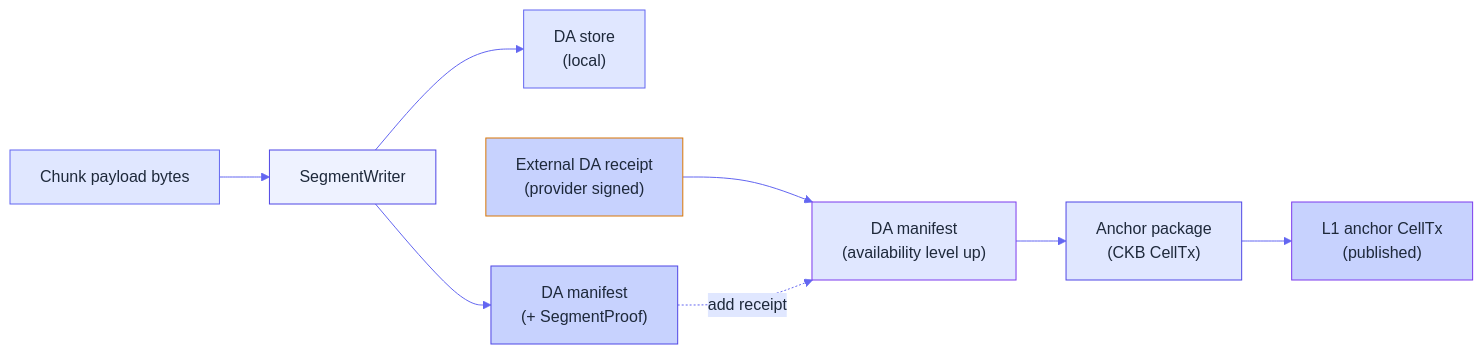
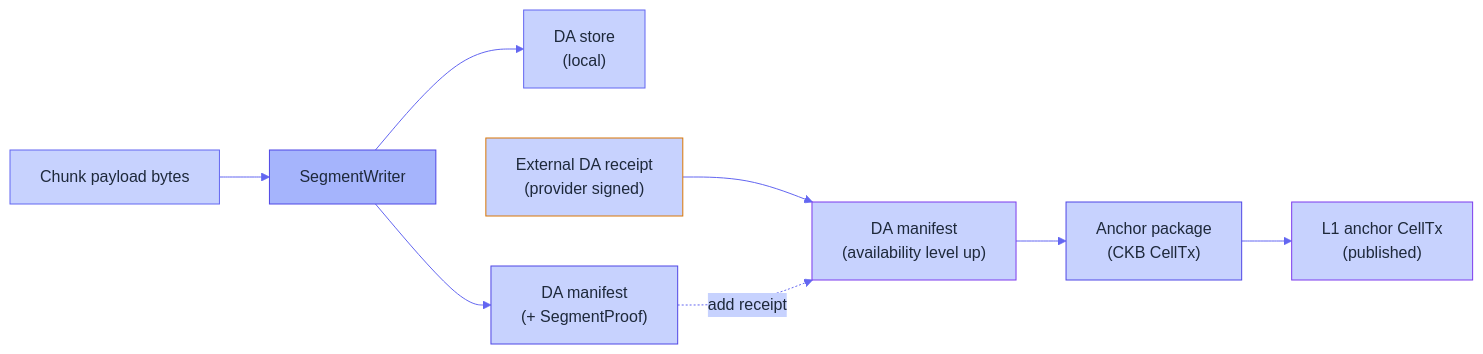
The second of 3 diagrams in docs/interactions/da-flow.md (Myelin-Labs/Myelin), drawn with Mermaid before and after one commit. The commit also changed other lines of this file and 31 other files, not shown here.

````diff
--- a/docs/interactions/da-flow.md
+++ b/docs/interactions/da-flow.md
@@ -89,38 +89,38 @@
 ```mermaid
 %%{init: {
   "theme": "base",
   "themeVariables": {
-    "primaryColor": "#EEF2FF",
+    "primaryColor": "#A5B4FC",
     "primaryTextColor": "#1E293B",
     "primaryBorderColor": "#4F46E5",
     "lineColor": "#6366F1",
-    "secondaryColor": "#E0E7FF",
+    "secondaryColor": "#C7D2FE",
     "tertiaryColor": "#C7D2FE"
   }
 }}%%
 flowchart LR
     A["Chunk payload bytes"]:::in
     B["SegmentWriter"]:::stage
     C["DA store<br/>(local)"]:::store
     D["DA manifest<br/>(+ SegmentProof)"]:::manifest
     E["External DA receipt<br/>(provider signed)"]:::ext
     F["DA manifest<br/>(availability level up)"]:::manifest2
     G["Anchor package<br/>(CKB CellTx)"]:::pkg
     H["L1 anchor CellTx<br/>(published)"]:::l1
 
     A --> B
     B --> C
     B --> D
     E --> F
     D -.->|add receipt| F
     F --> G --> H
 
-    classDef in      fill:#E0E7FF,stroke:#6366F1,color:#1E293B;
-    classDef stage   fill:#EEF2FF,stroke:#4F46E5,color:#1E293B;
-    classDef store   fill:#E0E7FF,stroke:#6366F1,color:#1E293B;
+    classDef in      fill:#C7D2FE,stroke:#6366F1,color:#1E293B;
+    classDef stage   fill:#A5B4FC,stroke:#4F46E5,color:#1E293B;
+    classDef store   fill:#C7D2FE,stroke:#6366F1,color:#1E293B;
     classDef manifest fill:#C7D2FE,stroke:#4F46E5,color:#1E293B;
-    classDef manifest2 fill:#E0E7FF,stroke:#7C3AED,color:#1E293B;
+    classDef manifest2 fill:#C7D2FE,stroke:#7C3AED,color:#1E293B;
     classDef ext     fill:#C7D2FE,stroke:#D97706,color:#1E293B;
-    classDef pkg     fill:#E0E7FF,stroke:#4F46E5,color:#1E293B;
+    classDef pkg     fill:#C7D2FE,stroke:#4F46E5,color:#1E293B;
     classDef l1      fill:#C7D2FE,stroke:#7C3AED,color:#1E293B;
 ```
````
